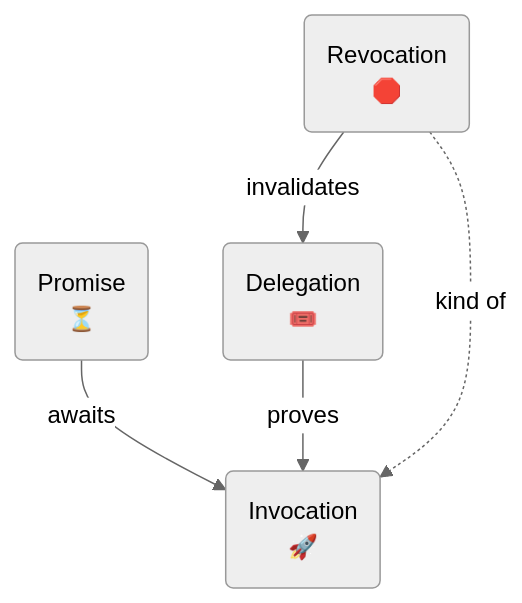
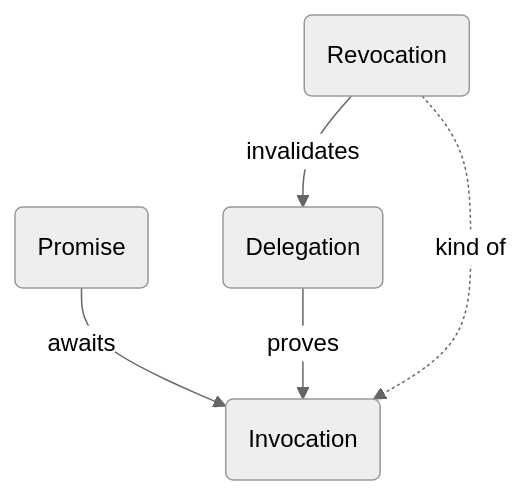
Before and after one commit to michielbdejong/spec: the first of 6 diagrams in README.md, drawn with Mermaid (neutral theme).

Commit message:
Fix renderer

````diff
--- a/README.md
+++ b/README.md
@@ -134,16 +134,16 @@
 ``` mermaid
 flowchart TD
-    prm(Promise\n⏳)
-    inv(Invocation\n🚀)
-    del(Delegation\n🎟️)
-    rev(Revocation\n🛑)
+    prm(Promise)
+    inv(Invocation)
+    del(Delegation️)
+    rev(Revocation)
 
     prm -->|awaits| inv
     del -->|proves| inv
     rev -.->|kind of| inv
     rev -->|invalidates| del
 
     click del href "https://github.com/ucan-wg/delegation" "UCAN Delegation Spec"
     click inv href "https://github.com/ucan-wg/invocation" "UCAN Invocation Spec"
     click rev href "https://github.com/ucan-wg/revocation" "UCAN Revocation Spec"
 ```
````
